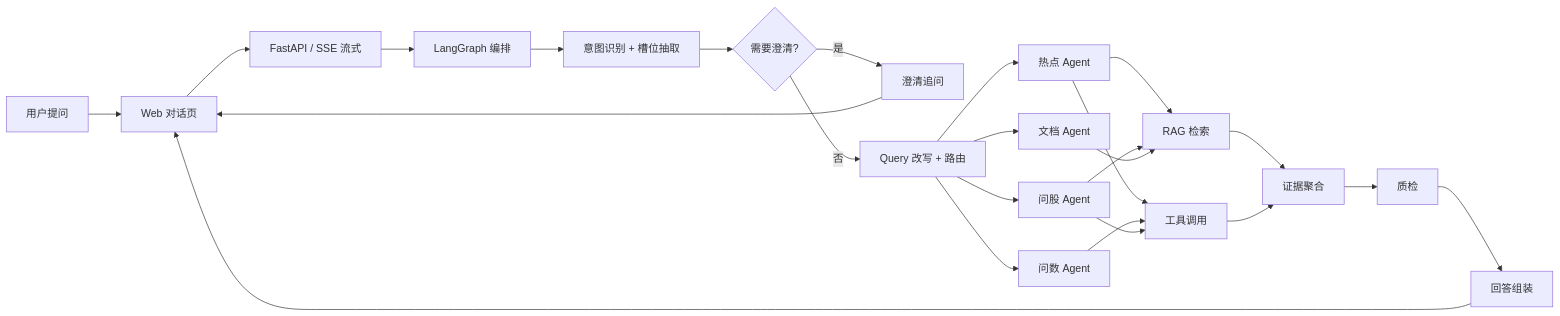
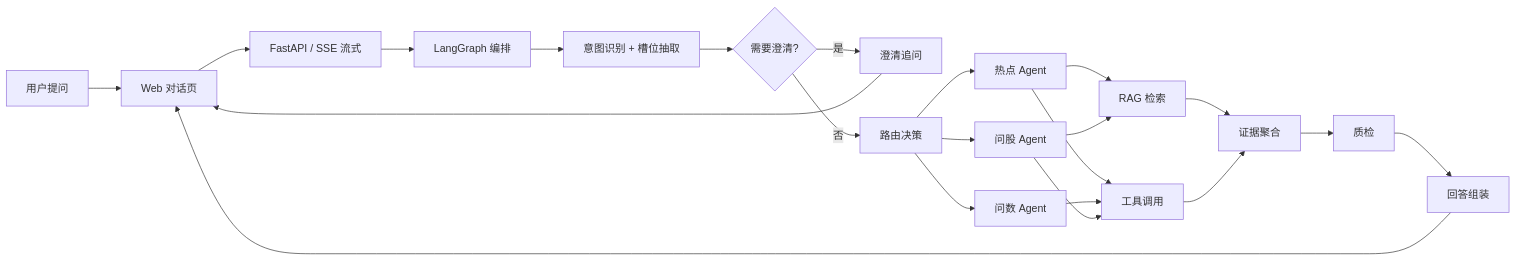
One commit to PompeiiChan/TideSignal-InvestmentResearch changed the diagram in README.md. Above: the diagram before and after it, drawn with Mermaid. The commit also changed other lines of this file, not shown here.

````diff
--- a/README.md
+++ b/README.md
@@ -46,26 +48,24 @@
 ```mermaid
 flowchart LR
     U[用户提问] --> UI[Web 对话页]
     UI --> API[FastAPI / SSE 流式]
     API --> LG[LangGraph 编排]
 
     LG --> I[意图识别 + 槽位抽取]
     I --> C{需要澄清?}
     C -- 是 --> CL[澄清追问]
-    C -- 否 --> R[Query 改写 + 路由]
+    C -- 否 --> R[路由决策]
 
     R --> H[热点 Agent]
     R --> D[问数 Agent]
     R --> S[问股 Agent]
-    R --> DOC[文档 Agent]
 
     H & S --> RAG[RAG 检索]
     H & D & S --> TOOL[工具调用]
-    DOC --> RAG
 
     RAG & TOOL --> EM[证据聚合]
     EM --> QC[质检]
     QC --> ASM[回答组装]
     ASM --> UI
     CL --> UI
 ```
````
